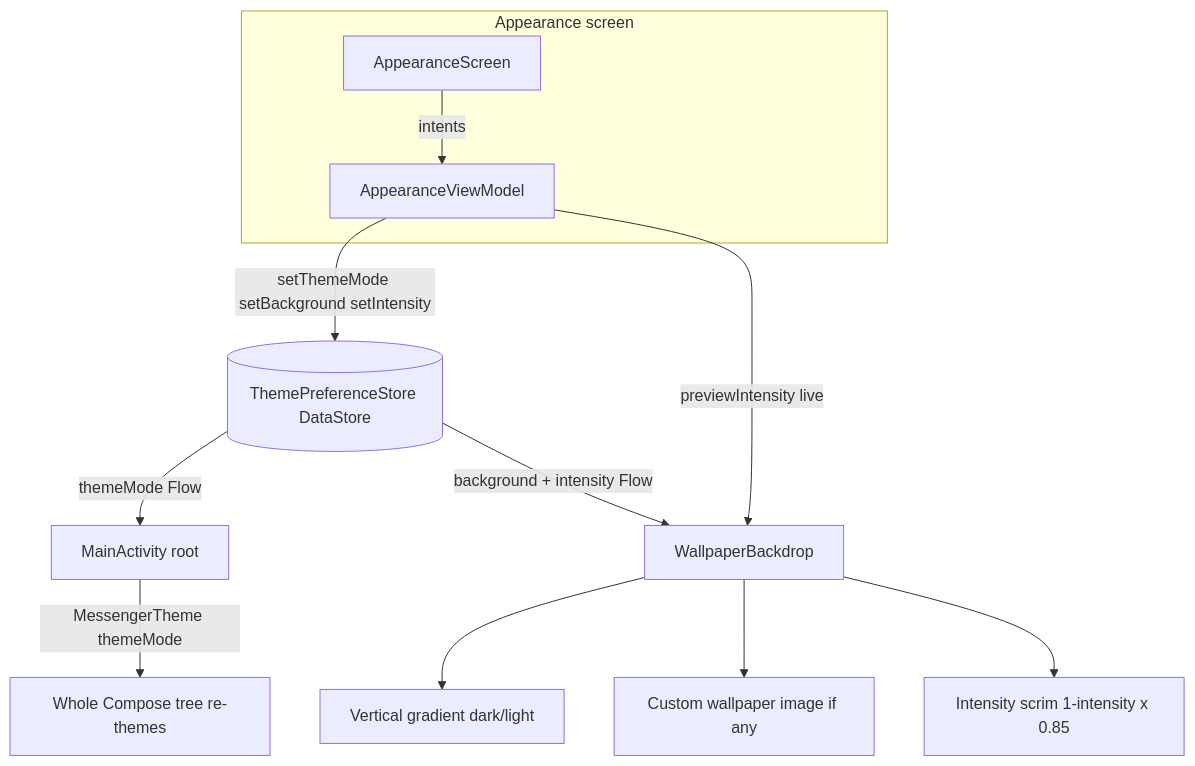
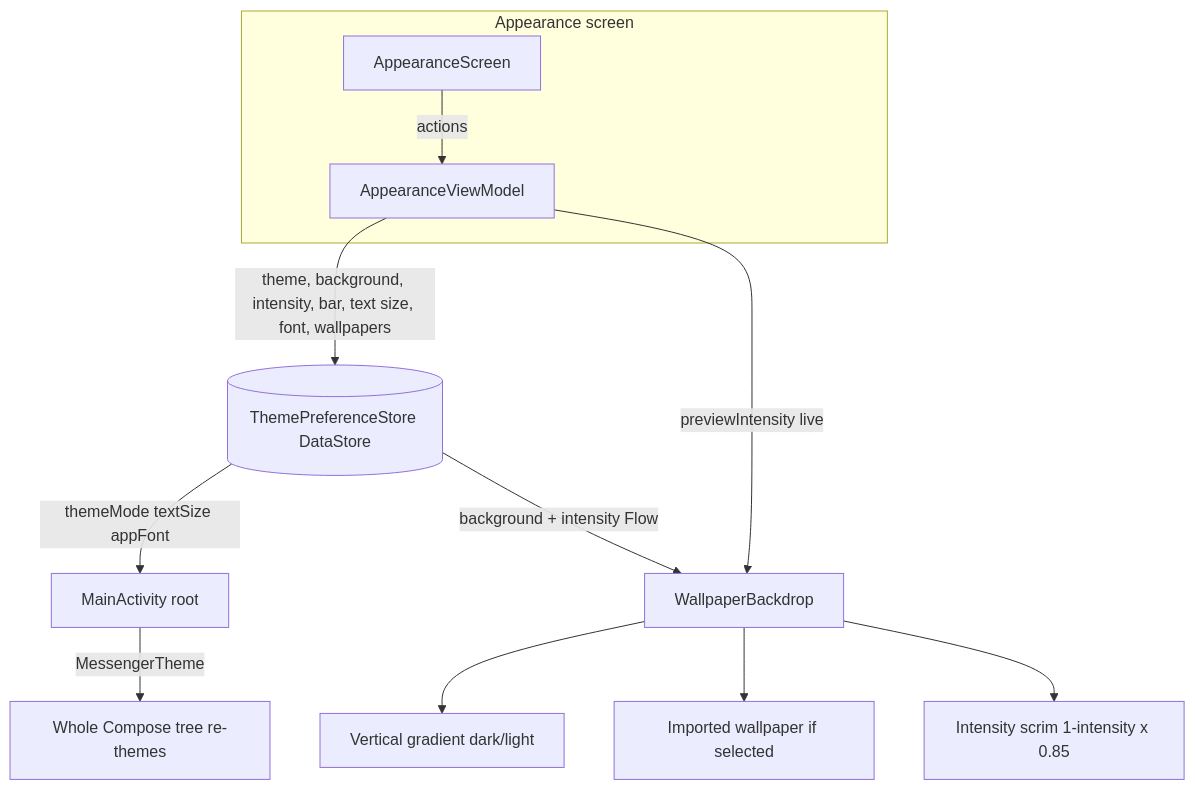
Before and after one commit to DerekBurned/messenger-docs: the diagram in 02 - Features/Appearance and Theming.md, drawn with Mermaid. The commit also changed other lines of this file and 3 other files, not shown here.

Commit message:
Update Appearance and Theming for the wallpaper library, layout settings and the contrast suite

````diff
--- a/02 - Features/Appearance and Theming.md
+++ b/02 - Features/Appearance and Theming.md
@@ -98,14 +151,14 @@
 ```mermaid
 flowchart TD
     subgraph "Appearance screen"
-        S[AppearanceScreen] -->|intents| VM[AppearanceViewModel]
+        S[AppearanceScreen] -->|actions| VM[AppearanceViewModel]
     end
-    VM -->|setThemeMode setBackground setIntensity| DS[(ThemePreferenceStore DataStore)]
-    DS -->|themeMode Flow| ROOT[MainActivity root]
-    ROOT -->|MessengerTheme themeMode| TREE[Whole Compose tree re-themes]
+    VM -->|theme, background, intensity, bar, text size, font, wallpapers| DS[(ThemePreferenceStore DataStore)]
+    DS -->|themeMode textSize appFont| ROOT[MainActivity root]
+    ROOT -->|MessengerTheme| TREE[Whole Compose tree re-themes]
     DS -->|background + intensity Flow| WB[WallpaperBackdrop]
     WB --> G[Vertical gradient dark/light]
-    WB --> IMG[Custom wallpaper image if any]
+    WB --> IMG[Imported wallpaper if selected]
     WB --> SCRIM[Intensity scrim 1-intensity x 0.85]
     VM -->|previewIntensity live| WB
 ```
````
